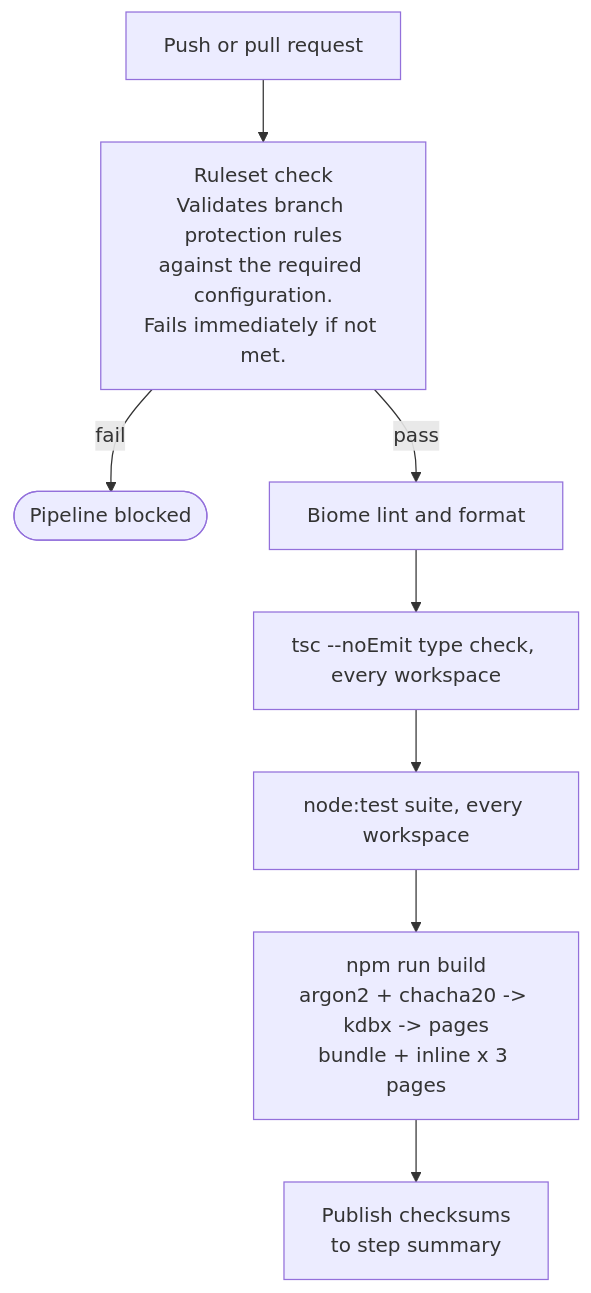
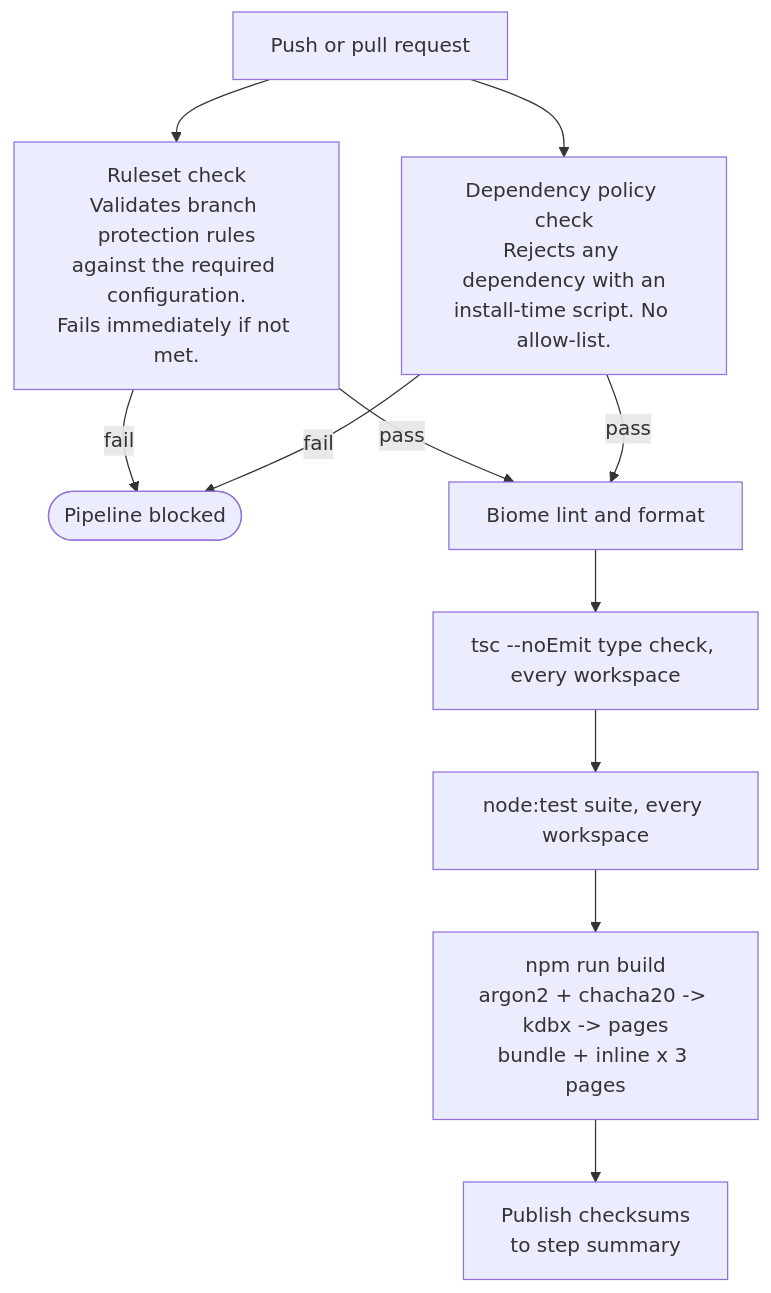
One commit to keepass-web/source-application changed the second of 4 diagrams in docs/PIPELINE.md. Above: the diagram before and after it, drawn with Mermaid. The commit also changed 7 other files, not shown here.

````diff
--- a/docs/PIPELINE.md
+++ b/docs/PIPELINE.md
@@ -76,11 +76,14 @@
 ```mermaid
 flowchart TD
     E["Push or pull request"]
     E --> RULE["Ruleset check\nValidates branch protection rules\nagainst the required configuration.\nFails immediately if not met."]
+    E --> DEP["Dependency policy check\nRejects any dependency with an\ninstall-time script. No allow-list."]
     RULE -->|fail| STOP(["Pipeline blocked"])
+    DEP -->|fail| STOP
     RULE -->|pass| LINT["Biome lint and format"]
+    DEP -->|pass| LINT
     LINT --> TC["tsc --noEmit type check, every workspace"]
     TC --> TEST["node:test suite, every workspace"]
     TEST --> BUILD["npm run build\nargon2 + chacha20 -> kdbx -> pages\nbundle + inline x 3 pages"]
     BUILD --> SUM["Publish checksums\nto step summary"]
 ```
````
